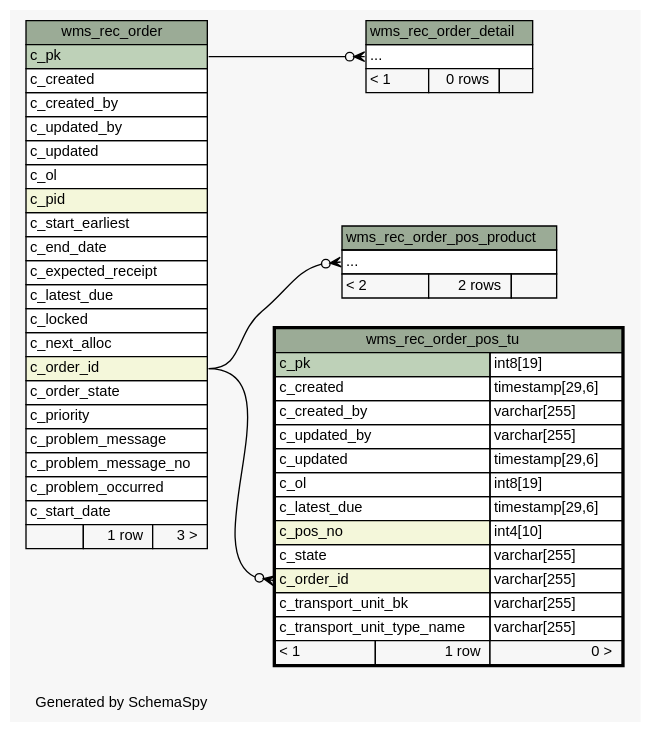
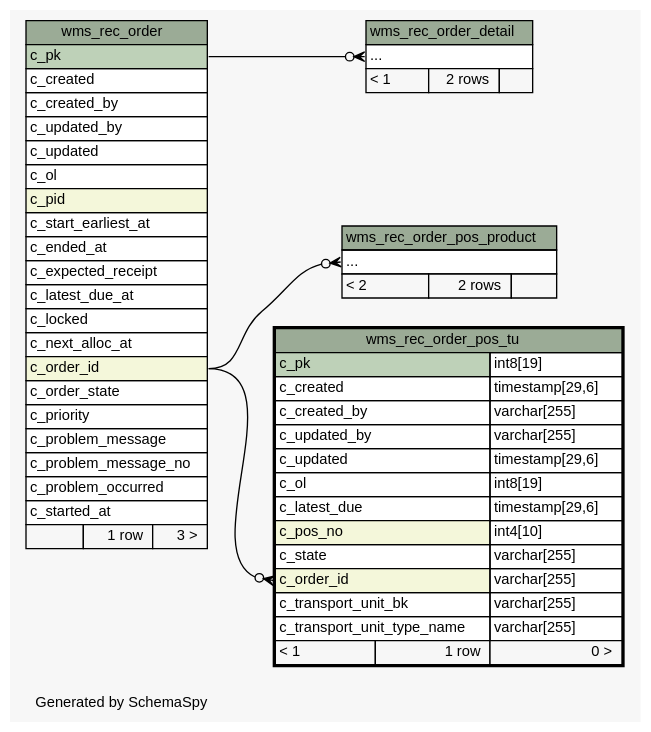
One commit to openwms/org.openwms.wms.receiving.lib changed the diagram in 1.0.0-SNAPSHOT/schemaspy/diagrams/wms_rec_order_pos_tu.2degrees.dot. Above: the diagram before and after it, drawn with Graphviz. The commit also changed 454 other files, not shown here.

```diff
--- a/1.0.0-SNAPSHOT/schemaspy/diagrams/wms_rec_order_pos_tu.2degrees.dot
+++ b/1.0.0-SNAPSHOT/schemaspy/diagrams/wms_rec_order_pos_tu.2degrees.dot
@@ -1,95 +1,95 @@
 // dot 2.43.0 on Linux 5.15.0-1034-azure
 // SchemaSpy rev Unknown
 digraph "twoDegreesRelationshipsDiagram" {
   graph [
     rankdir="RL"
     bgcolor="#f7f7f7"
     label="\nGenerated by SchemaSpy"
     labeljust="l"
     nodesep="0.18"
     ranksep="0.46"
     fontname="Helvetica"
     fontsize="11"
   ];
   node [
     fontname="Helvetica"
     fontsize="11"
     shape="plaintext"
   ];
   edge [
     arrowsize="0.8"
   ];
   "wms_rec_order_detail":"elipses":w -> "wms_rec_order":"c_pk":e [arrowhead=none dir=back arrowtail=crowodot];
   "wms_rec_order_pos_product":"elipses":w -> "wms_rec_order":"c_order_id":e [arrowhead=none dir=back arrowtail=crowodot];
   "wms_rec_order_pos_tu":"c_order_id":w -> "wms_rec_order":"c_order_id":e [arrowhead=none dir=back arrowtail=crowodot];
   "wms_rec_order" [
     label=<
     <TABLE BORDER="0" CELLBORDER="1" CELLSPACING="0" BGCOLOR="#ffffff">
       <TR><TD COLSPAN="3" BGCOLOR="#9bab96" ALIGN="CENTER">wms_rec_order</TD></TR>
       <TR><TD PORT="c_pk" COLSPAN="3" BGCOLOR="#bed1b8" ALIGN="LEFT">c_pk</TD></TR>
       <TR><TD PORT="c_created" COLSPAN="3" ALIGN="LEFT">c_created</TD></TR>
       <TR><TD PORT="c_created_by" COLSPAN="3" ALIGN="LEFT">c_created_by</TD></TR>
       <TR><TD PORT="c_updated_by" COLSPAN="3" ALIGN="LEFT">c_updated_by</TD></TR>
       <TR><TD PORT="c_updated" COLSPAN="3" ALIGN="LEFT">c_updated</TD></TR>
       <TR><TD PORT="c_ol" COLSPAN="3" ALIGN="LEFT">c_ol</TD></TR>
       <TR><TD PORT="c_pid" COLSPAN="3" BGCOLOR="#f4f7da" ALIGN="LEFT">c_pid</TD></TR>
-      <TR><TD PORT="c_start_earliest" COLSPAN="3" ALIGN="LEFT">c_start_earliest</TD></TR>
-      <TR><TD PORT="c_end_date" COLSPAN="3" ALIGN="LEFT">c_end_date</TD></TR>
+      <TR><TD PORT="c_start_earliest_at" COLSPAN="3" ALIGN="LEFT">c_start_earliest_at</TD></TR>
+      <TR><TD PORT="c_ended_at" COLSPAN="3" ALIGN="LEFT">c_ended_at</TD></TR>
       <TR><TD PORT="c_expected_receipt" COLSPAN="3" ALIGN="LEFT">c_expected_receipt</TD></TR>
-      <TR><TD PORT="c_latest_due" COLSPAN="3" ALIGN="LEFT">c_latest_due</TD></TR>
+      <TR><TD PORT="c_latest_due_at" COLSPAN="3" ALIGN="LEFT">c_latest_due_at</TD></TR>
       <TR><TD PORT="c_locked" COLSPAN="3" ALIGN="LEFT">c_locked</TD></TR>
-      <TR><TD PORT="c_next_alloc" COLSPAN="3" ALIGN="LEFT">c_next_alloc</TD></TR>
+      <TR><TD PORT="c_next_alloc_at" COLSPAN="3" ALIGN="LEFT">c_next_alloc_at</TD></TR>
       <TR><TD PORT="c_order_id" COLSPAN="3" BGCOLOR="#f4f7da" ALIGN="LEFT">c_order_id</TD></TR>
       <TR><TD PORT="c_order_state" COLSPAN="3" ALIGN="LEFT">c_order_state</TD></TR>
       <TR><TD PORT="c_priority" COLSPAN="3" ALIGN="LEFT">c_priority</TD></TR>
       <TR><TD PORT="c_problem_message" COLSPAN="3" ALIGN="LEFT">c_problem_message</TD></TR>
       <TR><TD PORT="c_problem_message_no" COLSPAN="3" ALIGN="LEFT">c_problem_message_no</TD></TR>
       <TR><TD PORT="c_problem_occurred" COLSPAN="3" ALIGN="LEFT">c_problem_occurred</TD></TR>
-      <TR><TD PORT="c_start_date" COLSPAN="3" ALIGN="LEFT">c_start_date</TD></TR>
+      <TR><TD PORT="c_started_at" COLSPAN="3" ALIGN="LEFT">c_started_at</TD></TR>
       <TR><TD ALIGN="LEFT" BGCOLOR="#f7f7f7">  </TD><TD ALIGN="RIGHT" BGCOLOR="#f7f7f7">1 row</TD><TD ALIGN="RIGHT" BGCOLOR="#f7f7f7">3 &gt;</TD></TR>
     </TABLE>>
     URL="wms_rec_order.html"
     tooltip="wms_rec_order"
   ];
   "wms_rec_order_detail" [
     label=<
     <TABLE BORDER="0" CELLBORDER="1" CELLSPACING="0" BGCOLOR="#ffffff">
       <TR><TD COLSPAN="3" BGCOLOR="#9bab96" ALIGN="CENTER">wms_rec_order_detail</TD></TR>
       <TR><TD PORT="elipses" COLSPAN="3" ALIGN="LEFT">...</TD></TR>
-      <TR><TD ALIGN="LEFT" BGCOLOR="#f7f7f7">&lt; 1</TD><TD ALIGN="RIGHT" BGCOLOR="#f7f7f7">0 rows</TD><TD ALIGN="RIGHT" BGCOLOR="#f7f7f7">  </TD></TR>
+      <TR><TD ALIGN="LEFT" BGCOLOR="#f7f7f7">&lt; 1</TD><TD ALIGN="RIGHT" BGCOLOR="#f7f7f7">2 rows</TD><TD ALIGN="RIGHT" BGCOLOR="#f7f7f7">  </TD></TR>
     </TABLE>>
     URL="wms_rec_order_detail.html"
     tooltip="wms_rec_order_detail"
   ];
   "wms_rec_order_pos_product" [
     label=<
     <TABLE BORDER="0" CELLBORDER="1" CELLSPACING="0" BGCOLOR="#ffffff">
       <TR><TD COLSPAN="3" BGCOLOR="#9bab96" ALIGN="CENTER">wms_rec_order_pos_product</TD></TR>
       <TR><TD PORT="elipses" COLSPAN="3" ALIGN="LEFT">...</TD></TR>
       <TR><TD ALIGN="LEFT" BGCOLOR="#f7f7f7">&lt; 2</TD><TD ALIGN="RIGHT" BGCOLOR="#f7f7f7">2 rows</TD><TD ALIGN="RIGHT" BGCOLOR="#f7f7f7">  </TD></TR>
     </TABLE>>
     URL="wms_rec_order_pos_product.html"
     tooltip="wms_rec_order_pos_product"
   ];
   "wms_rec_order_pos_tu" [
     label=<
     <TABLE BORDER="2" CELLBORDER="1" CELLSPACING="0" BGCOLOR="#ffffff">
       <TR><TD COLSPAN="3" BGCOLOR="#9bab96" ALIGN="CENTER">wms_rec_order_pos_tu</TD></TR>
       <TR><TD PORT="c_pk" COLSPAN="2" BGCOLOR="#bed1b8" ALIGN="LEFT">c_pk</TD><TD PORT="c_pk.type" ALIGN="LEFT">int8[19]</TD></TR>
       <TR><TD PORT="c_created" COLSPAN="2" ALIGN="LEFT">c_created</TD><TD PORT="c_created.type" ALIGN="LEFT">timestamp[29,6]</TD></TR>
       <TR><TD PORT="c_created_by" COLSPAN="2" ALIGN="LEFT">c_created_by</TD><TD PORT="c_created_by.type" ALIGN="LEFT">varchar[255]</TD></TR>
       <TR><TD PORT="c_updated_by" COLSPAN="2" ALIGN="LEFT">c_updated_by</TD><TD PORT="c_updated_by.type" ALIGN="LEFT">varchar[255]</TD></TR>
       <TR><TD PORT="c_updated" COLSPAN="2" ALIGN="LEFT">c_updated</TD><TD PORT="c_updated.type" ALIGN="LEFT">timestamp[29,6]</TD></TR>
       <TR><TD PORT="c_ol" COLSPAN="2" ALIGN="LEFT">c_ol</TD><TD PORT="c_ol.type" ALIGN="LEFT">int8[19]</TD></TR>
       <TR><TD PORT="c_latest_due" COLSPAN="2" ALIGN="LEFT">c_latest_due</TD><TD PORT="c_latest_due.type" ALIGN="LEFT">timestamp[29,6]</TD></TR>
       <TR><TD PORT="c_pos_no" COLSPAN="2" BGCOLOR="#f4f7da" ALIGN="LEFT">c_pos_no</TD><TD PORT="c_pos_no.type" ALIGN="LEFT">int4[10]</TD></TR>
       <TR><TD PORT="c_state" COLSPAN="2" ALIGN="LEFT">c_state</TD><TD PORT="c_state.type" ALIGN="LEFT">varchar[255]</TD></TR>
       <TR><TD PORT="c_order_id" COLSPAN="2" BGCOLOR="#f4f7da" ALIGN="LEFT">c_order_id</TD><TD PORT="c_order_id.type" ALIGN="LEFT">varchar[255]</TD></TR>
       <TR><TD PORT="c_transport_unit_bk" COLSPAN="2" ALIGN="LEFT">c_transport_unit_bk</TD><TD PORT="c_transport_unit_bk.type" ALIGN="LEFT">varchar[255]</TD></TR>
       <TR><TD PORT="c_transport_unit_type_name" COLSPAN="2" ALIGN="LEFT">c_transport_unit_type_name</TD><TD PORT="c_transport_unit_type_name.type" ALIGN="LEFT">varchar[255]</TD></TR>
       <TR><TD ALIGN="LEFT" BGCOLOR="#f7f7f7">&lt; 1</TD><TD ALIGN="RIGHT" BGCOLOR="#f7f7f7">1 row</TD><TD ALIGN="RIGHT" BGCOLOR="#f7f7f7">0 &gt;</TD></TR>
     </TABLE>>
     URL="wms_rec_order_pos_tu.html"
     tooltip="wms_rec_order_pos_tu"
   ];
 }
```
